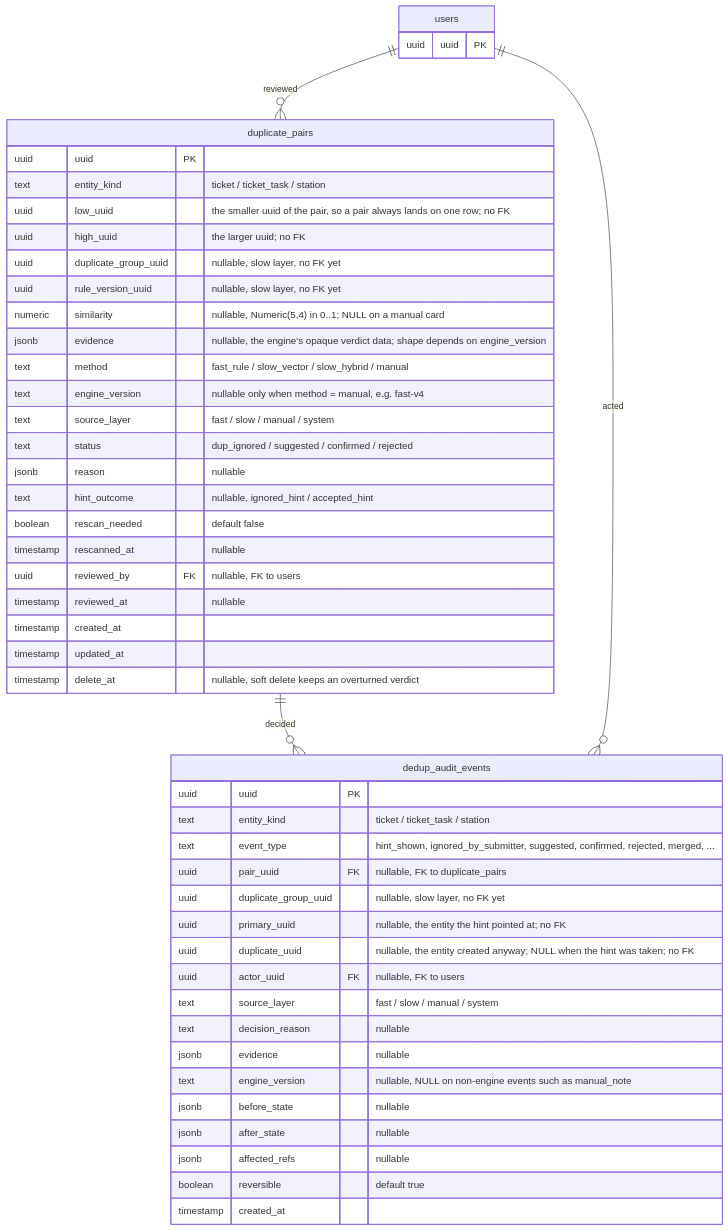
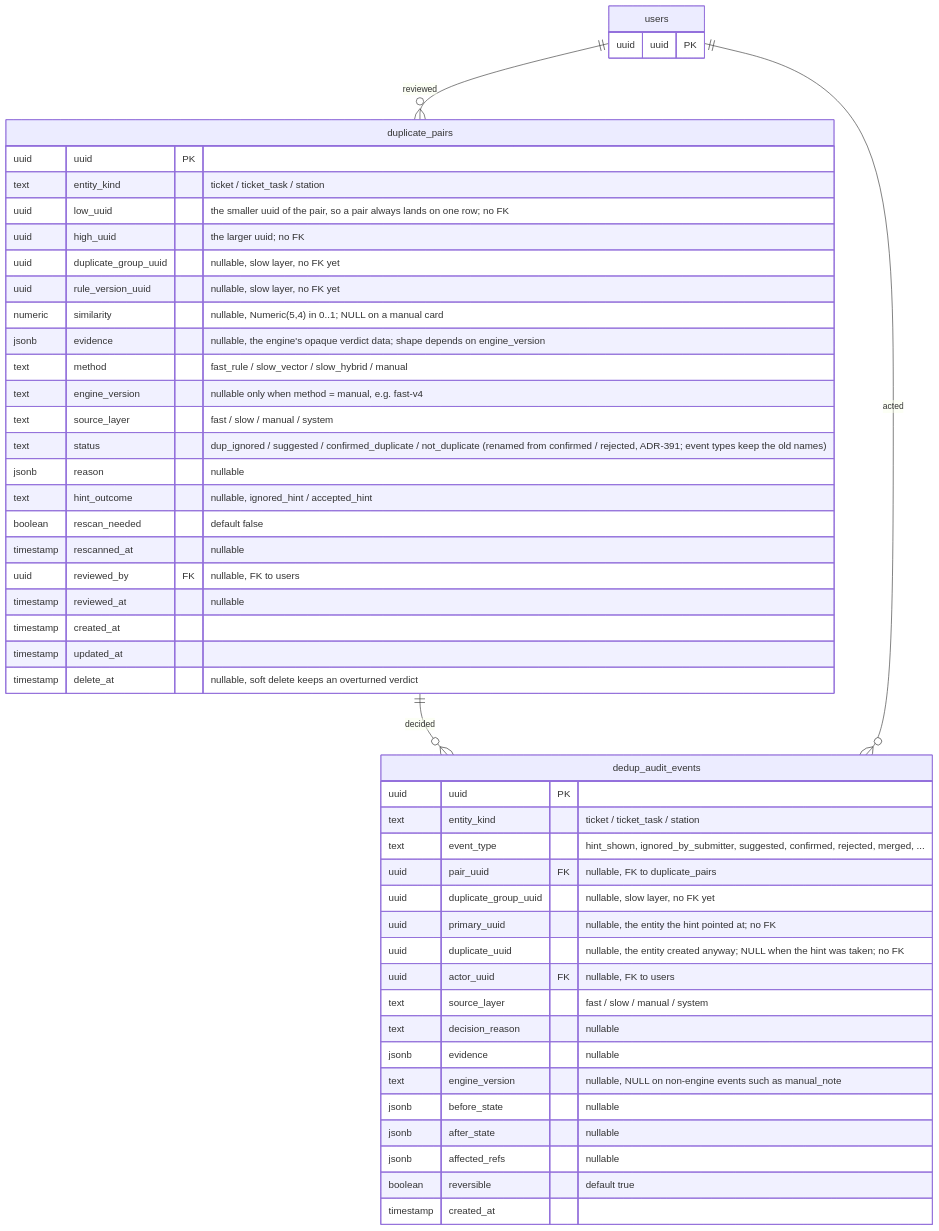
The fourth of 4 diagrams in Backend/Spec/Docs/er-diagram.md (GuangFuHero/optimized-version), drawn with Mermaid before and after one commit. The commit also changed 19 other files, not shown here.

First line of the commit message:
feat: rename pair verdicts to confirmed_duplicate / not_duplicate (ADR-391)

````diff
--- a/Backend/Spec/Docs/er-diagram.md
+++ b/Backend/Spec/Docs/er-diagram.md
@@ -970,63 +970,63 @@
 ```mermaid
 erDiagram
 
 %% Stub — full definition in the Identity diagram above
 users {
     uuid uuid PK
 }
 
 duplicate_pairs {
     uuid uuid PK
     text entity_kind "ticket / ticket_task / station"
     uuid low_uuid "the smaller uuid of the pair, so a pair always lands on one row; no FK"
     uuid high_uuid "the larger uuid; no FK"
     uuid duplicate_group_uuid "nullable, slow layer, no FK yet"
     uuid rule_version_uuid "nullable, slow layer, no FK yet"
     numeric similarity "nullable, Numeric(5,4) in 0..1; NULL on a manual card"
     jsonb evidence "nullable, the engine's opaque verdict data; shape depends on engine_version"
     text method "fast_rule / slow_vector / slow_hybrid / manual"
     text engine_version "nullable only when method = manual, e.g. fast-v4"
     text source_layer "fast / slow / manual / system"
-    text status "dup_ignored / suggested / confirmed / rejected"
+    text status "dup_ignored / suggested / confirmed_duplicate / not_duplicate (renamed from confirmed / rejected, ADR-391; event types keep the old names)"
     jsonb reason "nullable"
     text hint_outcome "nullable, ignored_hint / accepted_hint"
     boolean rescan_needed "default false"
     timestamp rescanned_at "nullable"
     uuid reviewed_by FK "nullable, FK to users"
     timestamp reviewed_at "nullable"
     timestamp created_at
     timestamp updated_at
     timestamp delete_at "nullable, soft delete keeps an overturned verdict"
 }
 %% CHECK low_uuid < high_uuid -- ck_duplicate_pairs_order
 %% CHECK method = 'manual' OR engine_version IS NOT NULL -- ck_duplicate_pairs_engine_version
 %% UNIQUE(entity_kind, low_uuid, high_uuid) WHERE delete_at IS NULL -- uq_duplicate_pairs_entities:
 %%   at most one live card per pair
 %% INDEX: ix_duplicate_pairs_group (duplicate_group_uuid), ix_duplicate_pairs_status (status) WHERE delete_at IS NULL
 users ||--o{ duplicate_pairs : "reviewed"
 
 dedup_audit_events {
     uuid uuid PK
     text entity_kind "ticket / ticket_task / station"
     text event_type "hint_shown, ignored_by_submitter, suggested, confirmed, rejected, merged, ..."
     uuid pair_uuid FK "nullable, FK to duplicate_pairs"
     uuid duplicate_group_uuid "nullable, slow layer, no FK yet"
     uuid primary_uuid "nullable, the entity the hint pointed at; no FK"
     uuid duplicate_uuid "nullable, the entity created anyway; NULL when the hint was taken; no FK"
     uuid actor_uuid FK "nullable, FK to users"
     text source_layer "fast / slow / manual / system"
     text decision_reason "nullable"
     jsonb evidence "nullable"
     text engine_version "nullable, NULL on non-engine events such as manual_note"
     jsonb before_state "nullable"
     jsonb after_state "nullable"
     jsonb affected_refs "nullable"
     boolean reversible "default true"
     timestamp created_at
 }
 %% Append-only. A hint_shown event with no later ignored_by_submitter means the submitter
 %% took the hint; it is the only record of that.
 %% INDEX: ix_dedup_audit_events_pair (pair_uuid), ix_dedup_audit_events_group (duplicate_group_uuid)
 duplicate_pairs ||--o{ dedup_audit_events : "decided"
 users ||--o{ dedup_audit_events : "acted"
 ```
````
